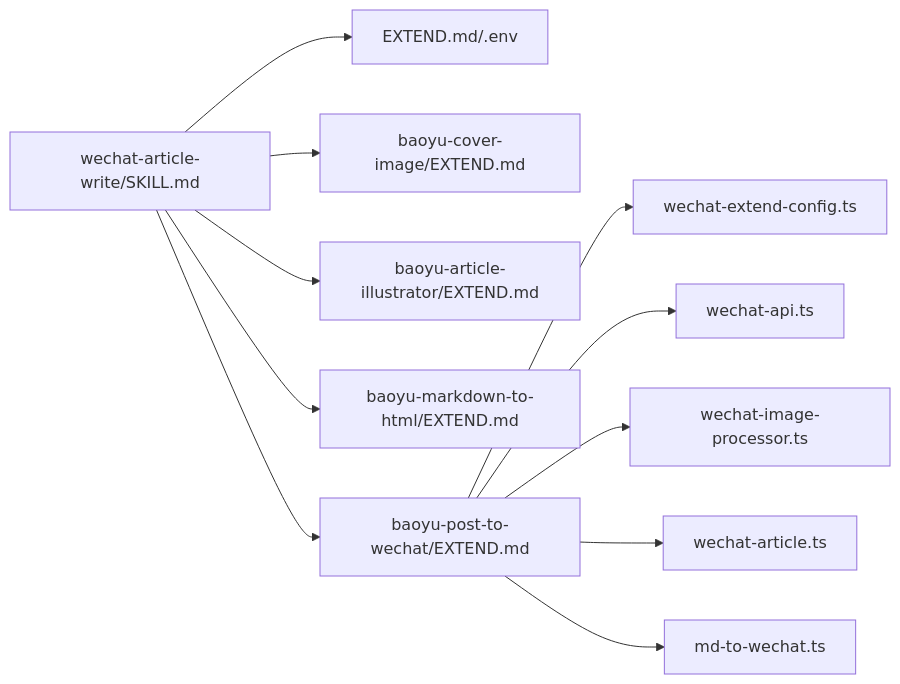
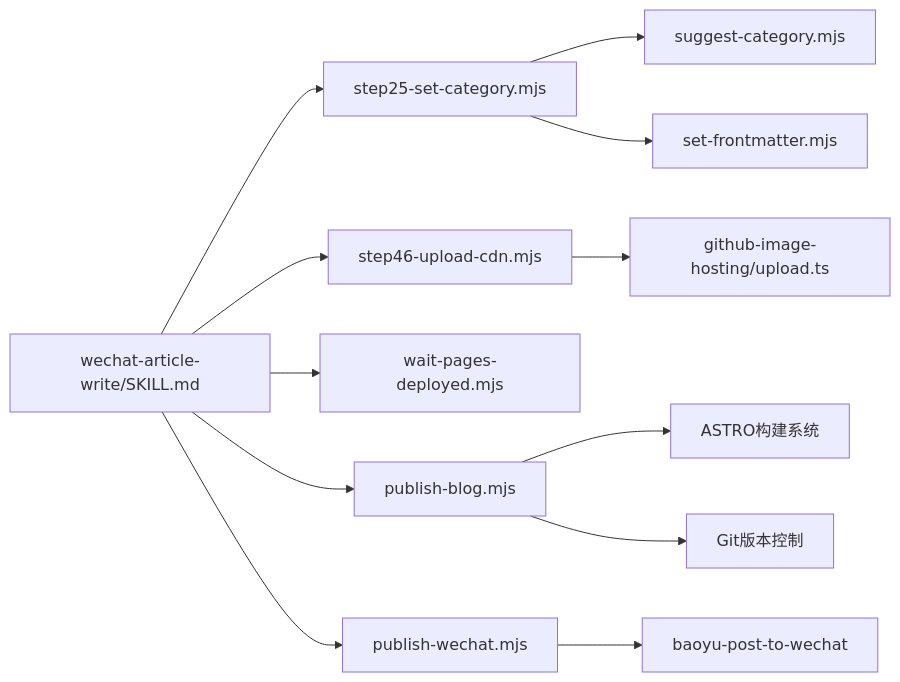
The seventh of 7 diagrams in .qoder/repowiki/zh/content/AI 技能系统/发布自动化技能/微信文章写作管线.md (NTLx/ntlx.github.io), drawn with Mermaid before and after one commit. The commit also changed other lines of this file and 8 other files, not shown here.

````diff
--- a/.qoder/repowiki/zh/content/AI 技能系统/发布自动化技能/微信文章写作管线.md
+++ b/.qoder/repowiki/zh/content/AI 技能系统/发布自动化技能/微信文章写作管线.md
@@ -397,13 +291,14 @@
 ```mermaid
 graph LR
-WAW["wechat-article-write/SKILL.md"] --> EXT["EXTEND.md/.env"]
-WAW --> BI["baoyu-cover-image/EXTEND.md"]
-WAW --> BA["baoyu-article-illustrator/EXTEND.md"]
-WAW --> BM["baoyu-markdown-to-html/EXTEND.md"]
-WAW --> BP["baoyu-post-to-wechat/EXTEND.md"]
-BP --> WEC["wechat-extend-config.ts"]
-BP --> WAPI["wechat-api.ts"]
-BP --> WIP["wechat-image-processor.ts"]
-BP --> WART["wechat-article.ts"]
-BP --> MDW["md-to-wechat.ts"]
+WAW["wechat-article-write/SKILL.md"] --> STEP25["step25-set-category.mjs"]
+WAW --> STEP46["step46-upload-cdn.mjs"]
+WAW --> WAITPAGES["wait-pages-deployed.mjs"]
+WAW --> PUBLISHBLOG["publish-blog.mjs"]
+WAW --> PUBLISHWC["publish-wechat.mjs"]
+STEP25 --> SUGGEST["suggest-category.mjs"]
+STEP25 --> SETFM["set-frontmatter.mjs"]
+STEP46 --> GITHUB["github-image-hosting/upload.ts"]
+PUBLISHBLOG --> ASTRO["ASTRO构建系统"]
+PUBLISHBLOG --> GIT["Git版本控制"]
+PUBLISHWC --> WECHAT["baoyu-post-to-wechat"]
 ```
````
